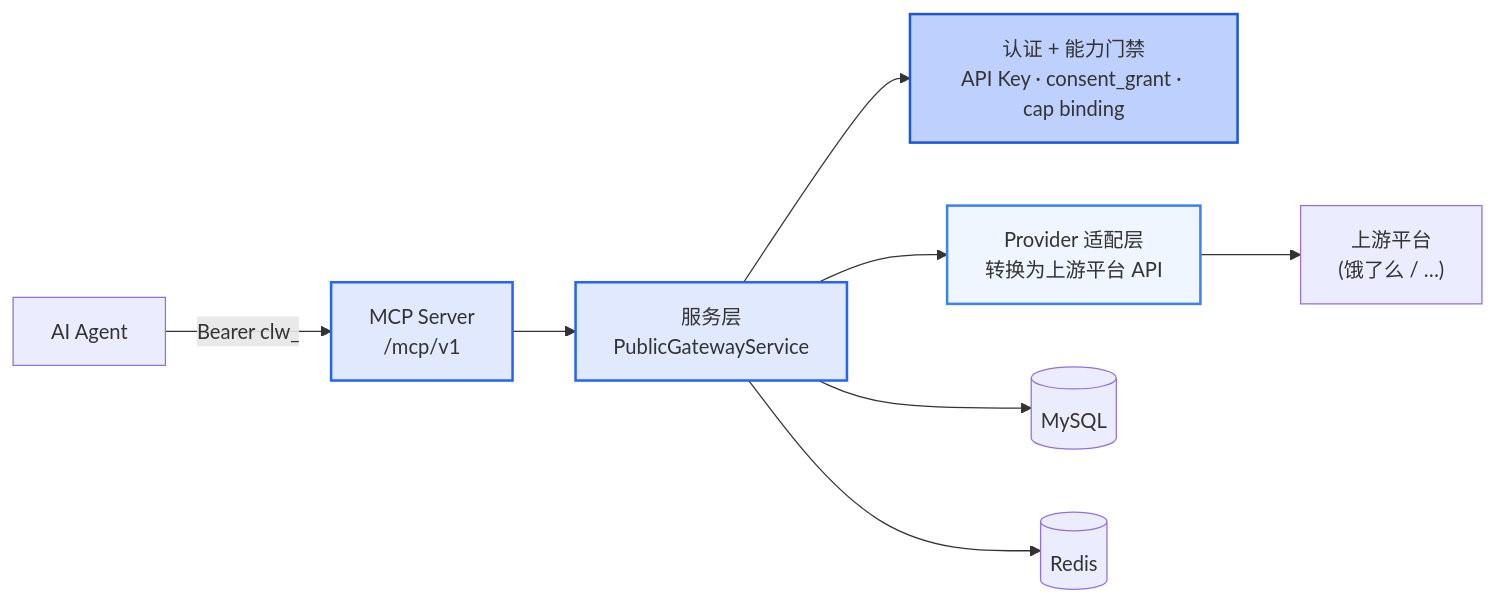
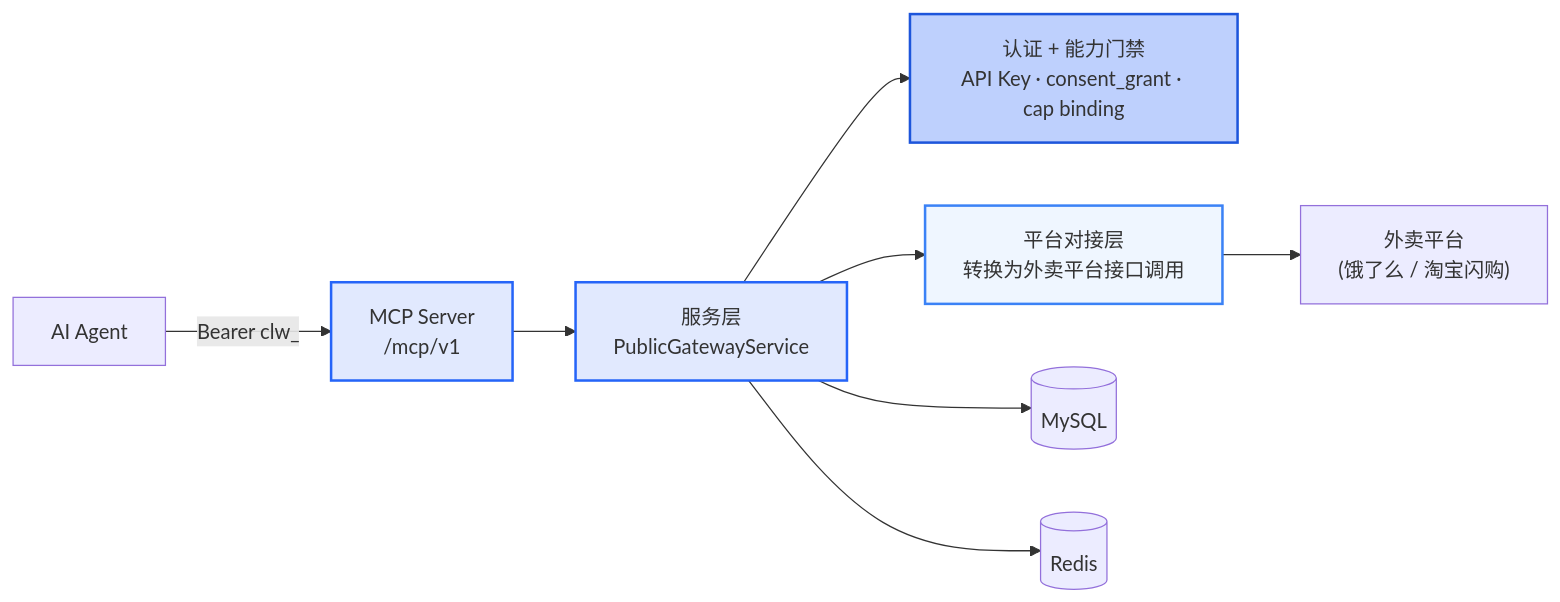
Before and after one commit to clawdot/docs: the first of 3 diagrams in gateway/architecture.mdx, drawn with Mermaid. The commit also changed other lines of this file and 88 other files, not shown here.

````diff
--- a/gateway/architecture.mdx
+++ b/gateway/architecture.mdx
@@ -10,24 +10,24 @@
 ```mermaid
 graph LR
   Agent["AI Agent"]
   MCP["MCP Server<br/>/mcp/v1"]
   Service["服务层<br/>PublicGatewayService"]
   Gate["认证 + 能力门禁<br/>API Key · consent_grant · cap binding"]
-  Provider["Provider 适配层<br/>转换为上游平台 API"]
-  Upstream["上游平台<br/>(饿了么 / …)"]
+  Provider["平台对接层<br/>转换为外卖平台接口调用"]
+  Upstream["外卖平台<br/>(饿了么 / 淘宝闪购)"]
   DB[("MySQL")]
   Redis[("Redis")]
 
   Agent -->|Bearer clw_| MCP
   MCP --> Service
   Service --> Gate
   Service --> Provider
   Provider --> Upstream
   Service --> DB
   Service --> Redis
 
   style MCP fill:#E1E9FE,stroke:#2564F8,stroke-width:2px
   style Service fill:#E1E9FE,stroke:#2564F8,stroke-width:2px
   style Gate fill:#BED0FD,stroke:#1D55DB,stroke-width:2px
   style Provider fill:#EFF6FF,stroke:#3B82F6,stroke-width:2px
 ```
````
